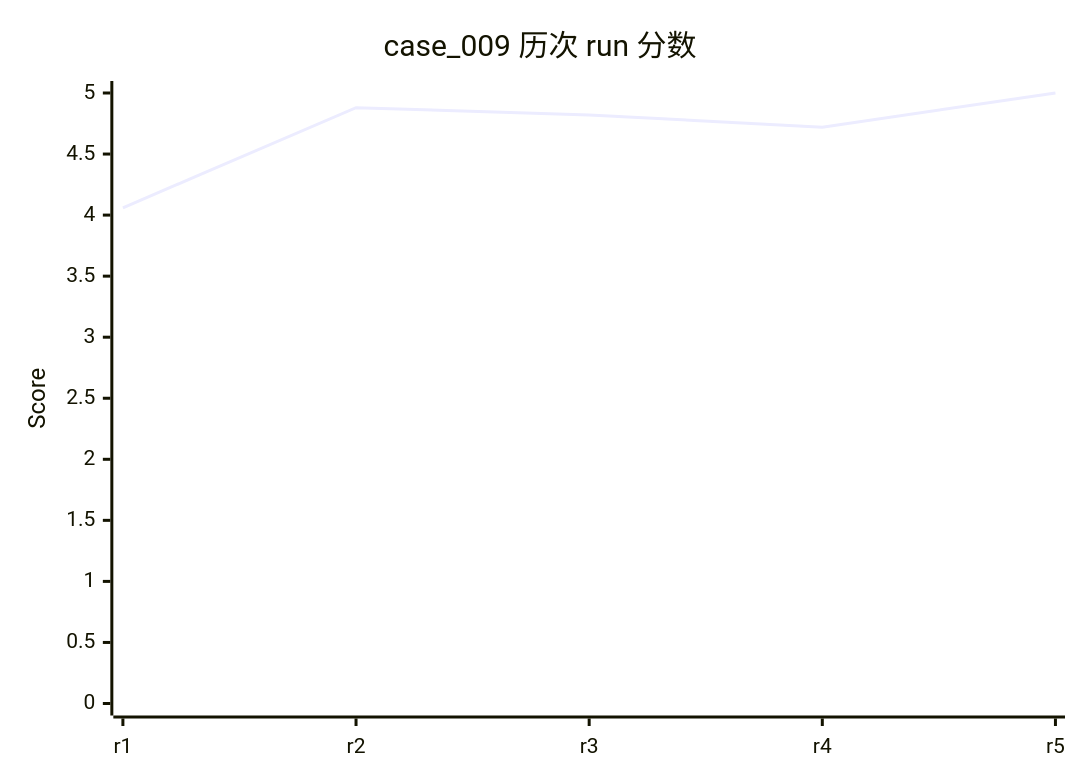
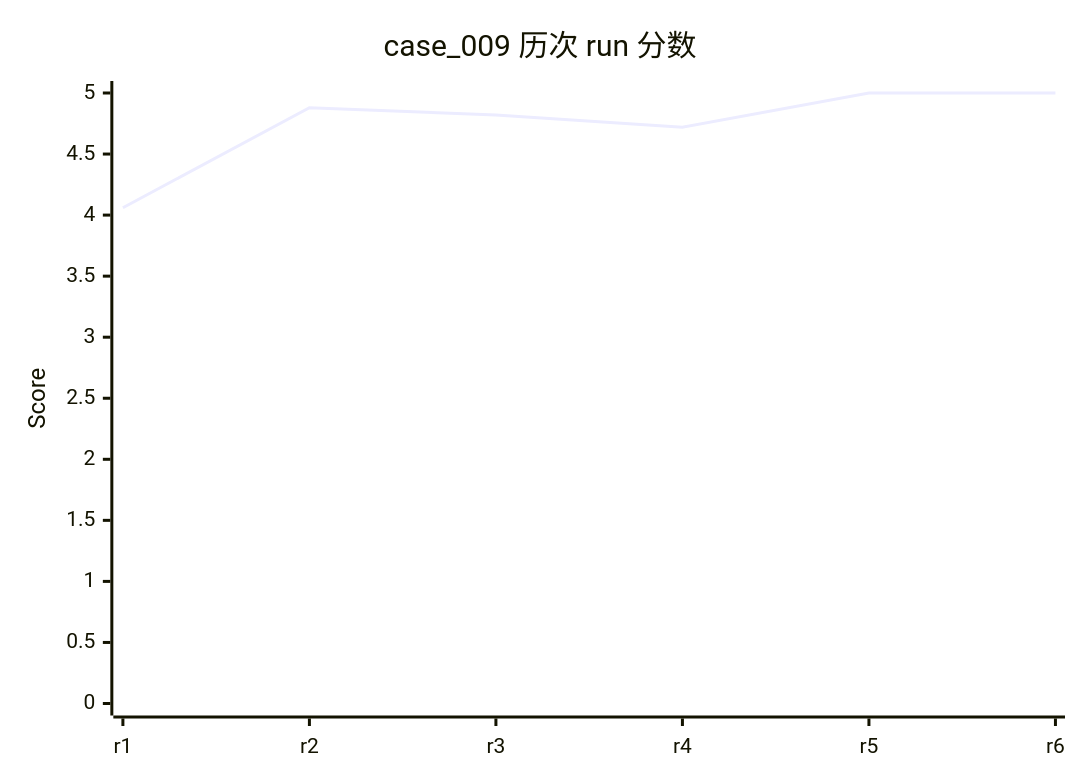
One commit to rushengzhou/sid-code changed diagram 15 of 58 in evals/DASHBOARD.md. Above: the diagram before and after it, drawn with Mermaid. The commit also changed other lines of this file and 108 other files, not shown here.

````diff
--- a/evals/DASHBOARD.md
+++ b/evals/DASHBOARD.md
@@ -371,7 +372,7 @@
 ```mermaid
 xychart-beta
     title "case_009 历次 run 分数"
-    x-axis [r1, r2, r3, r4, r5]
+    x-axis [r1, r2, r3, r4, r5, r6]
     y-axis "Score" 0 --> 5
-    line [4.06, 4.88, 4.82, 4.72, 5.00]
+    line [4.06, 4.88, 4.82, 4.72, 5.00, 5.00]
 ```
````
